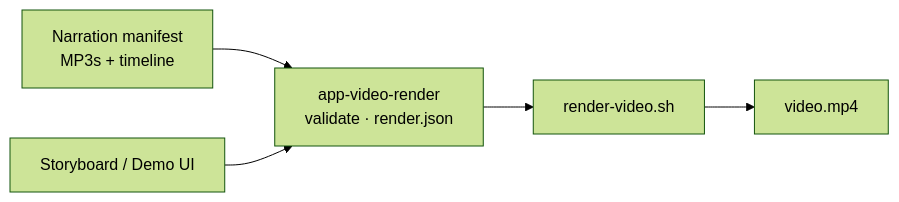
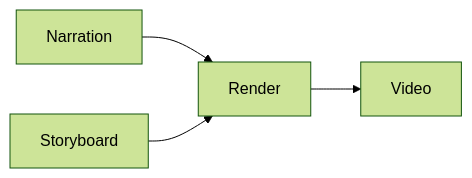
Before and after one commit to etrobot/vibe-node-flow: the diagram in nodes/app-video-render/NODE.md, drawn with Mermaid (forest theme). The commit also changed other lines of this file and 103 other files, not shown here.

````diff
--- a/nodes/app-video-render/NODE.md
+++ b/nodes/app-video-render/NODE.md
@@ -1,7 +1,6 @@
 ```mermaid
 flowchart LR
-  Narration["Narration manifest\nMP3s + timeline"] --> Render["app-video-render\nvalidate · render.json"]
-  Story["Storyboard / Demo UI"] --> Render
-  Render --> Script["render-video.sh"]
-  Script --> MP4["video.mp4"]
+  Narration["Narration"] --> Render["Render"]
+  Story["Storyboard"] --> Render
+  Render --> MP4["Video"]
 ```
````
